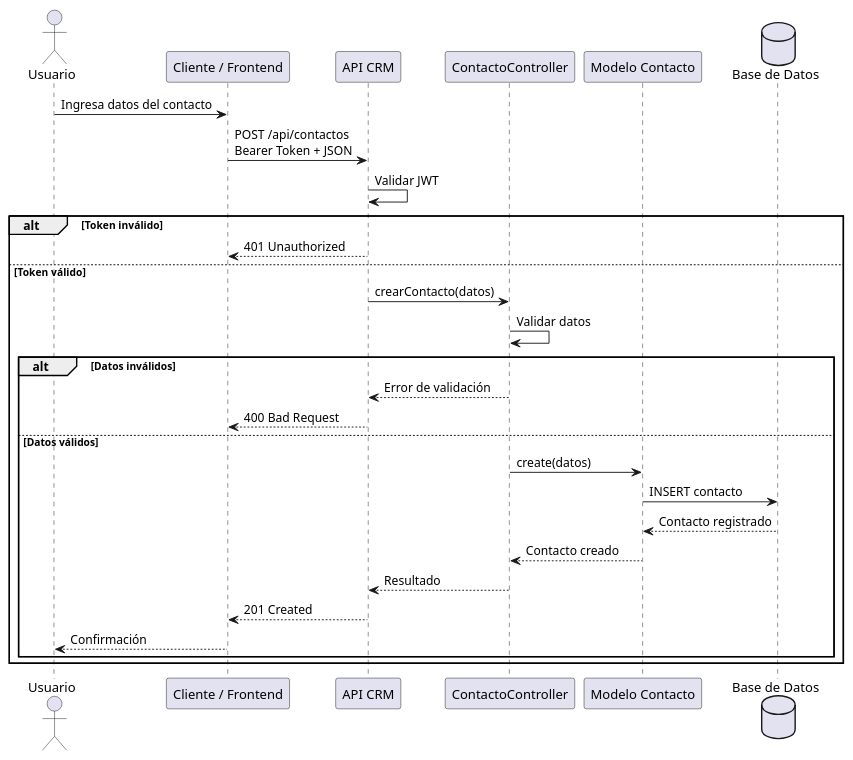
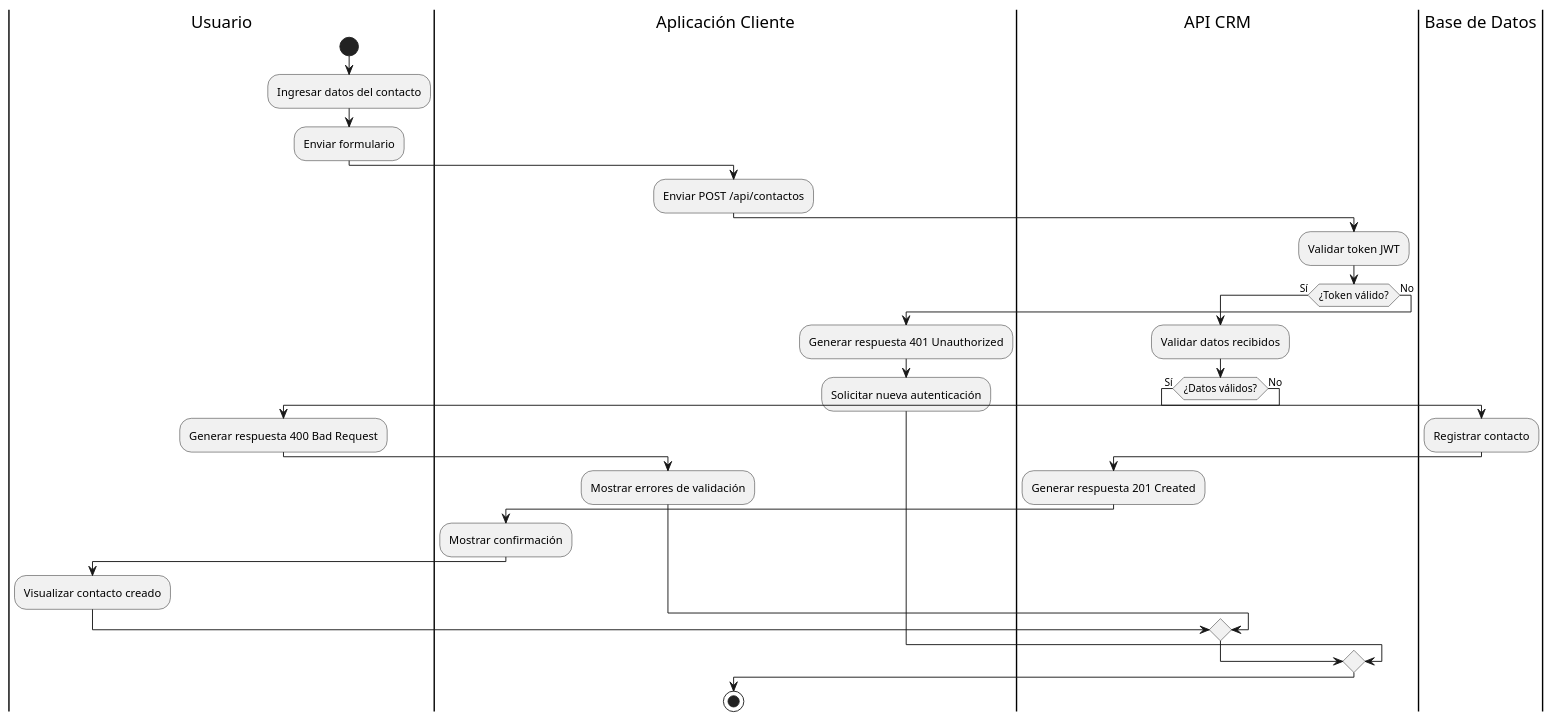
Before and after one commit to DulceRac/Proyecto_Analisis_2: the diagram in docs/uml/secuencia_crear_contacto.puml, drawn with PlantUML.

Commit message:
Revise contact creation sequence diagram
Updated sequence diagram for creating a contact to include validation steps and responses for valid and invalid data.

```diff
--- a/docs/uml/secuencia_crear_contacto.puml
+++ b/docs/uml/secuencia_crear_contacto.puml
@@ -1,35 +1,45 @@
 @startuml
 
-actor Usuario
-participant "Cliente / Frontend" as Front
-participant "API CRM" as API
-participant "ContactoController" as Controller
-participant "Modelo Contacto" as Model
-database "Base de Datos" as DB
+|Usuario|
+start
+:Ingresar datos del contacto;
+:Enviar formulario;
 
-Usuario -> Front : Ingresa datos del contacto
-Front -> API : POST /api/contactos\nBearer Token + JSON
+|Aplicación Cliente|
+:Enviar POST /api/contactos;
 
-API -> API : Validar JWT
+|API CRM|
+:Validar token JWT;
 
-alt Token inválido
-    API --> Front : 401 Unauthorized
-else Token válido
-    API -> Controller : crearContacto(datos)
-    Controller -> Controller : Validar datos
+if (¿Token válido?) then (Sí)
+    :Validar datos recibidos;
 
-    alt Datos inválidos
-        Controller --> API : Error de validación
-        API --> Front : 400 Bad Request
-    else Datos válidos
-        Controller -> Model : create(datos)
-        Model -> DB : INSERT contacto
-        DB --> Model : Contacto registrado
-        Model --> Controller : Contacto creado
-        Controller --> API : Resultado
-        API --> Front : 201 Created
-        Front --> Usuario : Confirmación
-    end
-end
+    if (¿Datos válidos?) then (Sí)
+        |Base de Datos|
+        :Registrar contacto;
+
+        |API CRM|
+        :Generar respuesta 201 Created;
+
+        |Aplicación Cliente|
+        :Mostrar confirmación;
+
+        |Usuario|
+        :Visualizar contacto creado;
+    else (No)
+        :Generar respuesta 400 Bad Request;
+
+        |Aplicación Cliente|
+        :Mostrar errores de validación;
+    endif
+
+else (No)
+    :Generar respuesta 401 Unauthorized;
+
+    |Aplicación Cliente|
+    :Solicitar nueva autenticación;
+endif
+
+stop
 
 @enduml
```
